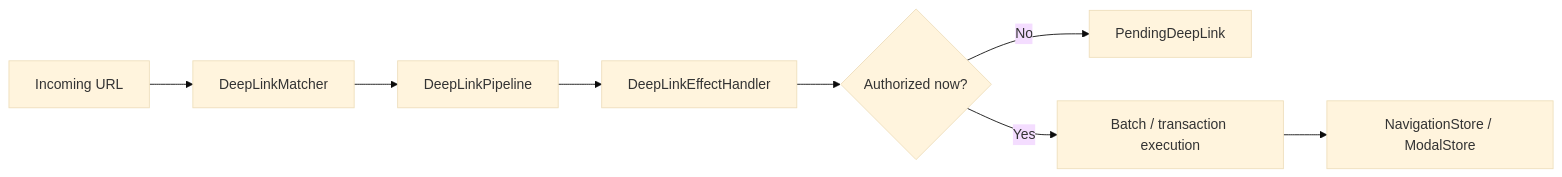
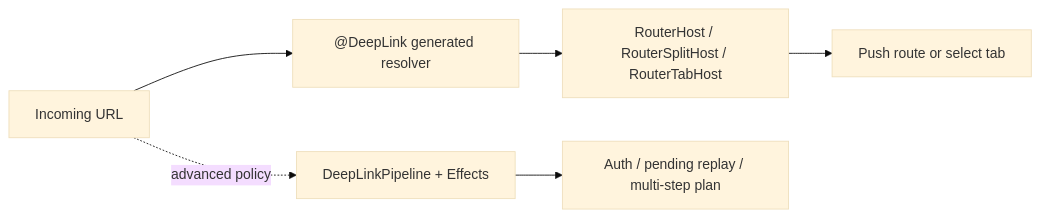
Before and after one commit to InnoSquadCorp/InnoRouter: the second of 2 diagrams in README.md, drawn with Mermaid (base theme). The commit also changed other lines of this file and 1 other file, not shown here.

````diff
--- a/README.md
+++ b/README.md
@@ -374,10 +401,8 @@
 ```mermaid
 flowchart LR
-    URL["Incoming URL"] --> Match["DeepLinkMatcher"]
-    Match --> Plan["DeepLinkPipeline"]
-    Plan --> Effect["DeepLinkEffectHandler"]
-    Effect --> Decision{"Authorized now?"}
-    Decision -->|"No"| Pending["PendingDeepLink"]
-    Decision -->|"Yes"| Execute["Batch / transaction execution"]
-    Execute --> Store["NavigationStore / ModalStore"]
+    URL["Incoming URL"] --> Resolve["@DeepLink generated resolver"]
+    Resolve --> Host["RouterHost / RouterSplitHost / RouterTabHost"]
+    Host --> Route["Push route or select tab"]
+    URL -.->|advanced policy| Pipeline["DeepLinkPipeline + Effects"]
+    Pipeline --> Pending["Auth / pending replay / multi-step plan"]
 ```
````
